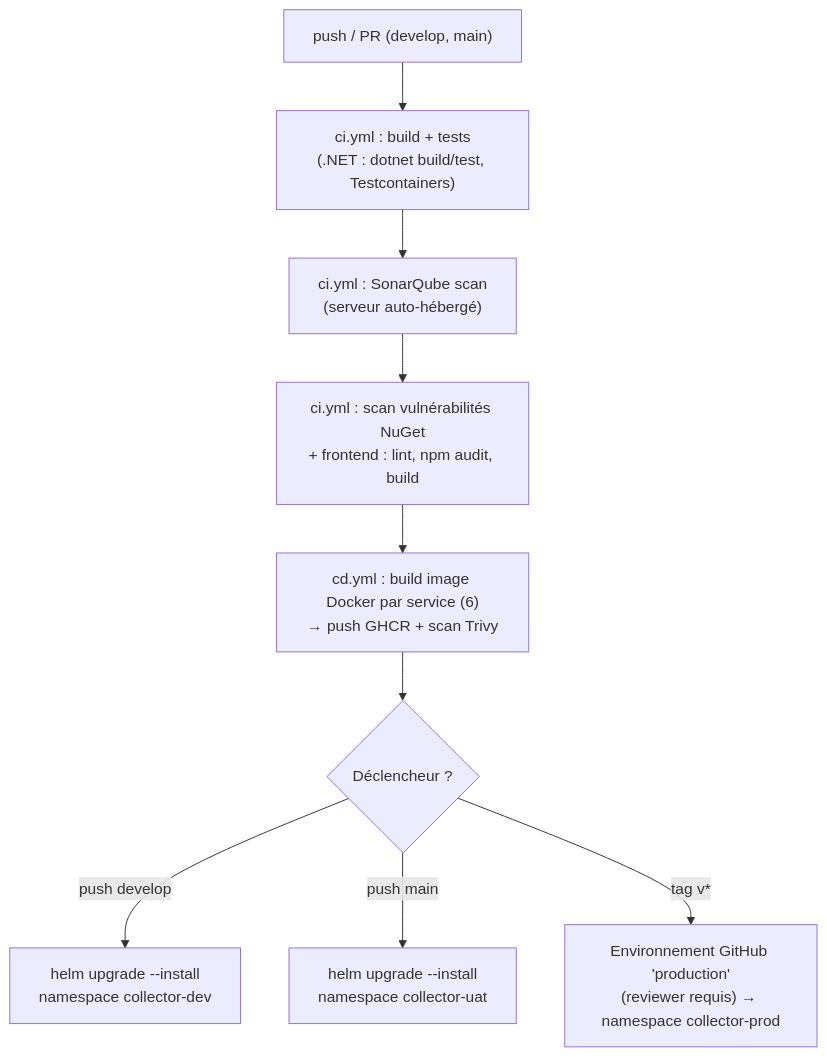
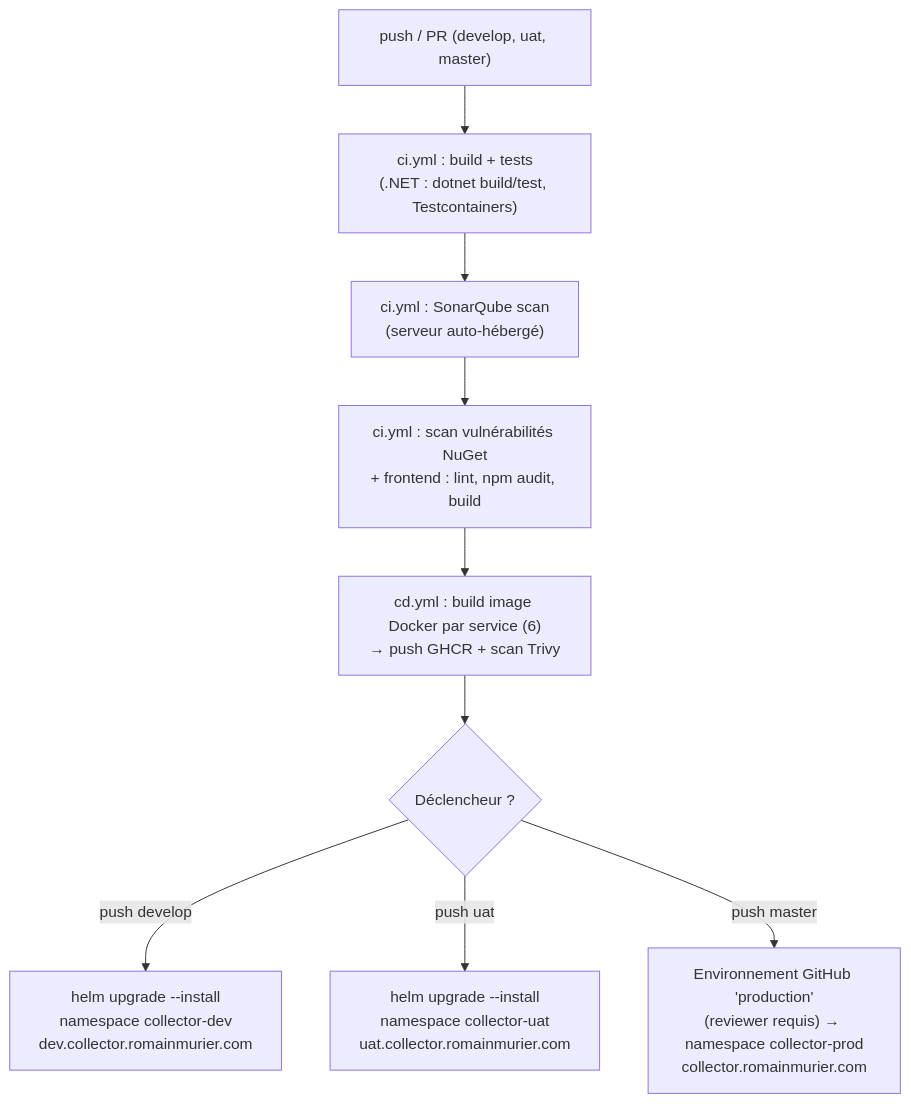
One commit to RMurier/CESI-CUBE-3-BAC-5-INDIVIDUEL changed the second of 2 diagrams in README.md. Above: the diagram before and after it, drawn with Mermaid. The commit also changed other lines of this file and 7 other files, not shown here.

First line of the commit message:
feat(ci-cd): align deploy pipeline with develop/uat/master branches and set real domain

````diff
--- a/README.md
+++ b/README.md
@@ -284,11 +286,11 @@
 ```mermaid
 flowchart TD
-    A["push / PR (develop, main)"] --> B["ci.yml : build + tests<br/>(.NET : dotnet build/test, Testcontainers)"]
+    A["push / PR (develop, uat, master)"] --> B["ci.yml : build + tests<br/>(.NET : dotnet build/test, Testcontainers)"]
     B --> C["ci.yml : SonarQube scan<br/>(serveur auto-hébergé)"]
     C --> D["ci.yml : scan vulnérabilités NuGet<br/>+ frontend : lint, npm audit, build"]
     D --> E["cd.yml : build image Docker par service (6)<br/>→ push GHCR + scan Trivy"]
     E --> F{"Déclencheur ?"}
-    F -->|push develop| G["helm upgrade --install<br/>namespace collector-dev"]
-    F -->|push main| H["helm upgrade --install<br/>namespace collector-uat"]
-    F -->|tag v*| I["Environnement GitHub 'production'<br/>(reviewer requis) → namespace collector-prod"]
+    F -->|push develop| G["helm upgrade --install<br/>namespace collector-dev<br/>dev.collector.romainmurier.com"]
+    F -->|push uat| H["helm upgrade --install<br/>namespace collector-uat<br/>uat.collector.romainmurier.com"]
+    F -->|push master| I["Environnement GitHub 'production'<br/>(reviewer requis) → namespace collector-prod<br/>collector.romainmurier.com"]
 ```
````
